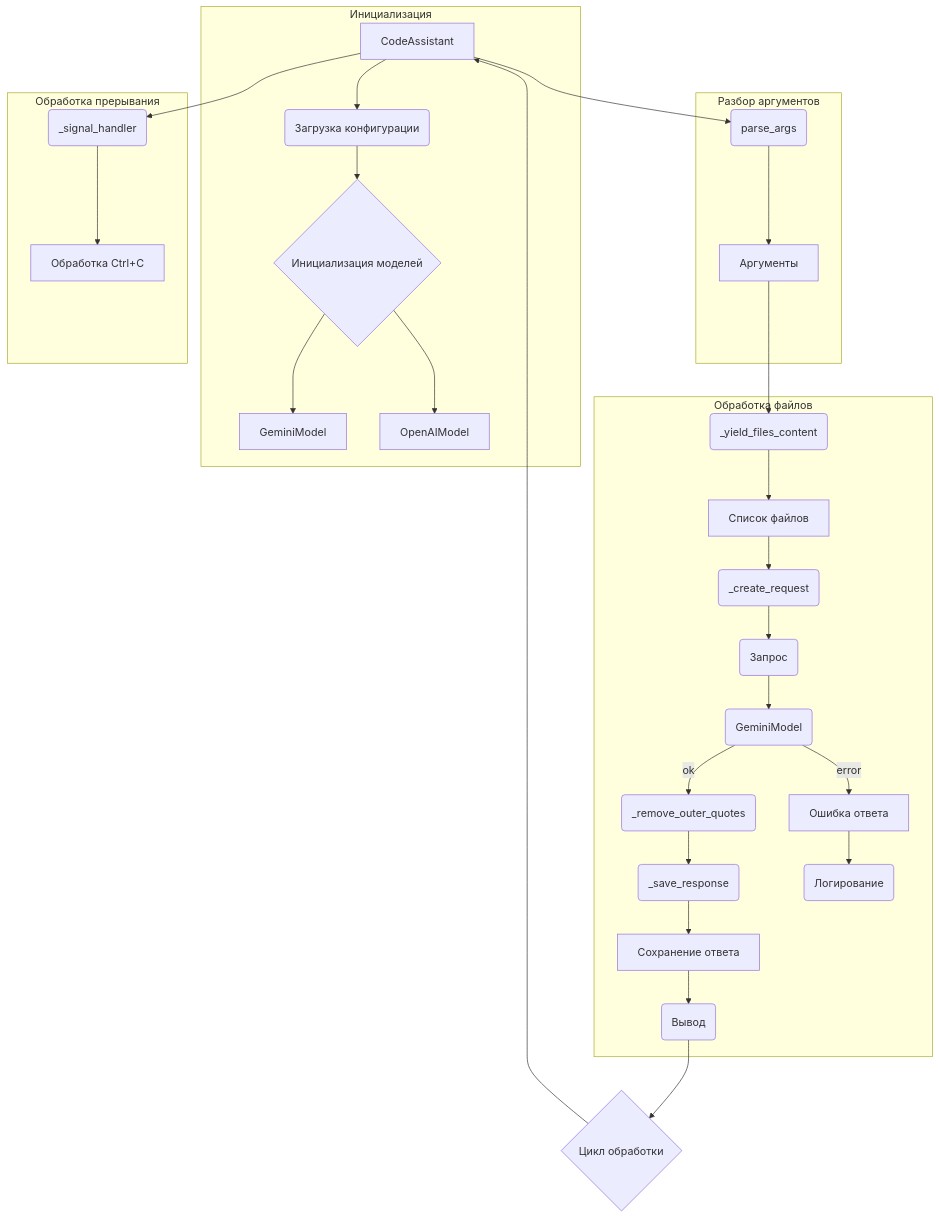
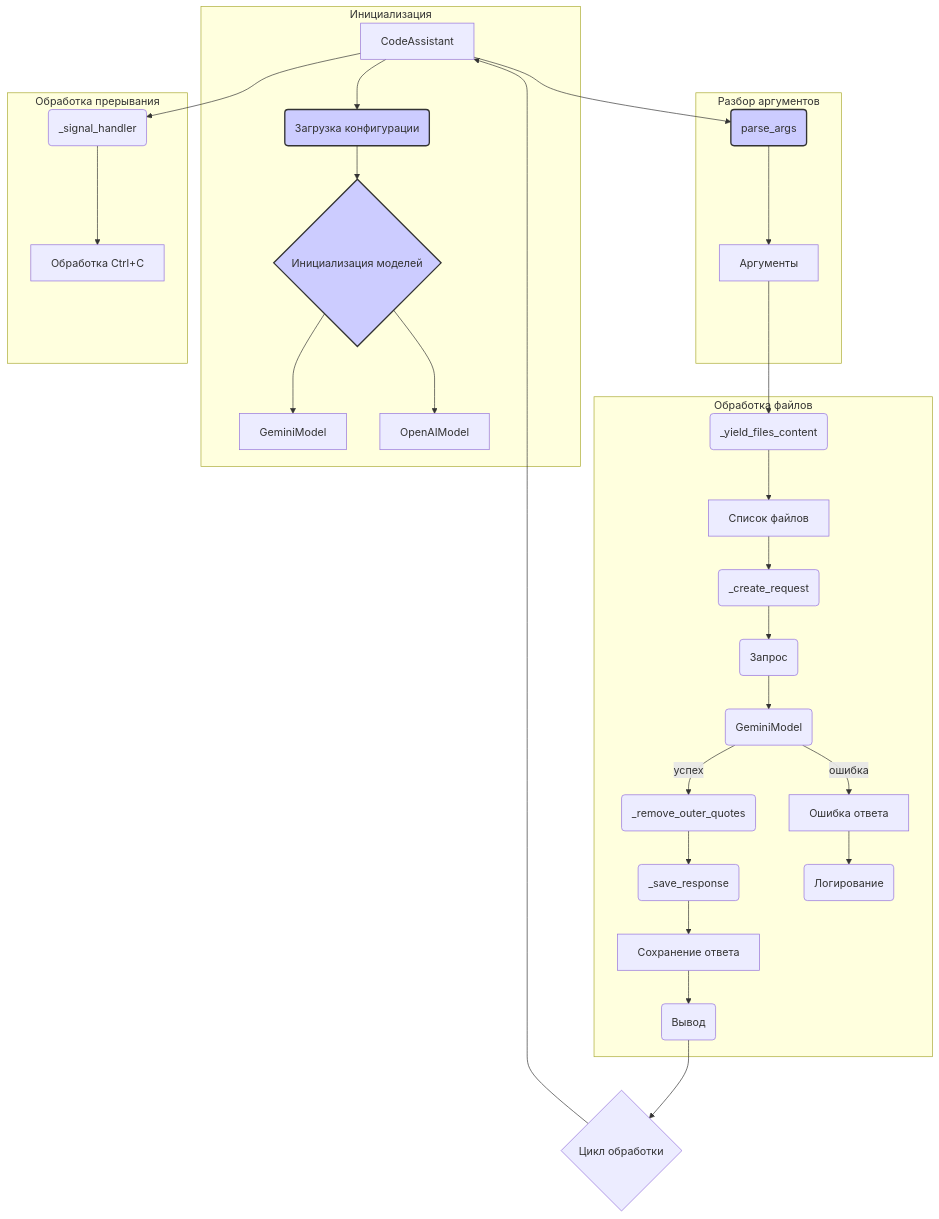
Before and after one commit to hypo69/hypo: the diagram in docs/gemini/ru/explainer/src/endpoints/hypo69/code_assistant/assests/mmd/code_assistant.md, drawn with Mermaid. The commit also changed other lines of this file and 468 other files, not shown here.

````diff
--- a/docs/gemini/ru/explainer/src/endpoints/hypo69/code_assistant/assests/mmd/code_assistant.md
+++ b/docs/gemini/ru/explainer/src/endpoints/hypo69/code_assistant/assests/mmd/code_assistant.md
@@ -87,36 +91,40 @@
 ```mermaid
 graph TD
     subgraph Инициализация
         A[CodeAssistant] --> B(Загрузка конфигурации)
         B --> C{Инициализация моделей}
         C --> D[GeminiModel]
         C --> E[OpenAIModel]
     end
     
     subgraph Разбор аргументов
         A --> F(parse_args)
         F --> G[Аргументы]
     end
     
     subgraph Обработка файлов
         G --> H(_yield_files_content)
         H --> I[Список файлов]
         I --> J(_create_request)
         J --> K(Запрос)
         K --> L(GeminiModel)
-        L -- ok --> M(_remove_outer_quotes)
-        L -- error --> Q[Ошибка ответа]
+        L -- ошибка --> Q[Ошибка ответа]
+        L -- успех --> M(_remove_outer_quotes)
         M --> N(_save_response)
         N --> O[Сохранение ответа]
         O --> P(Вывод)
         Q --> R(Логирование)
     end
     
     subgraph Обработка прерывания
         A --> S(_signal_handler)
         S --> T[Обработка Ctrl+C]
     end
-
+    
     P --> U{Цикл обработки}
     U --> A
+    
+    style B fill:#ccf,stroke:#333,stroke-width:2px
+    style C fill:#ccf,stroke:#333,stroke-width:2px
+    style F fill:#ccf,stroke:#333,stroke-width:2px
 ```
````
